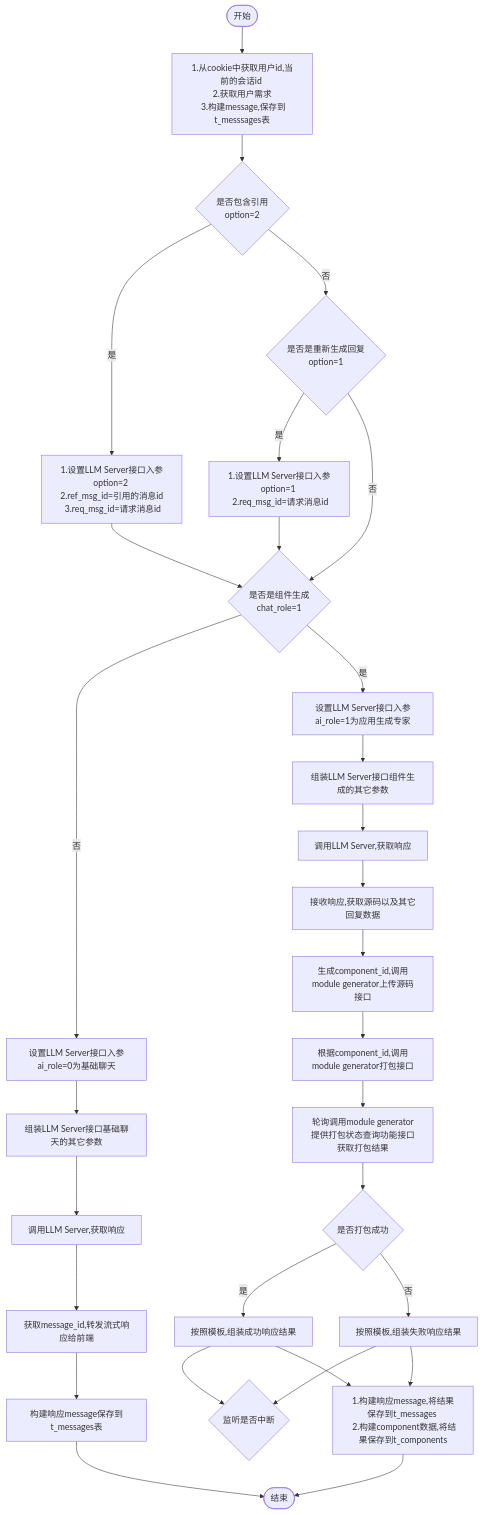
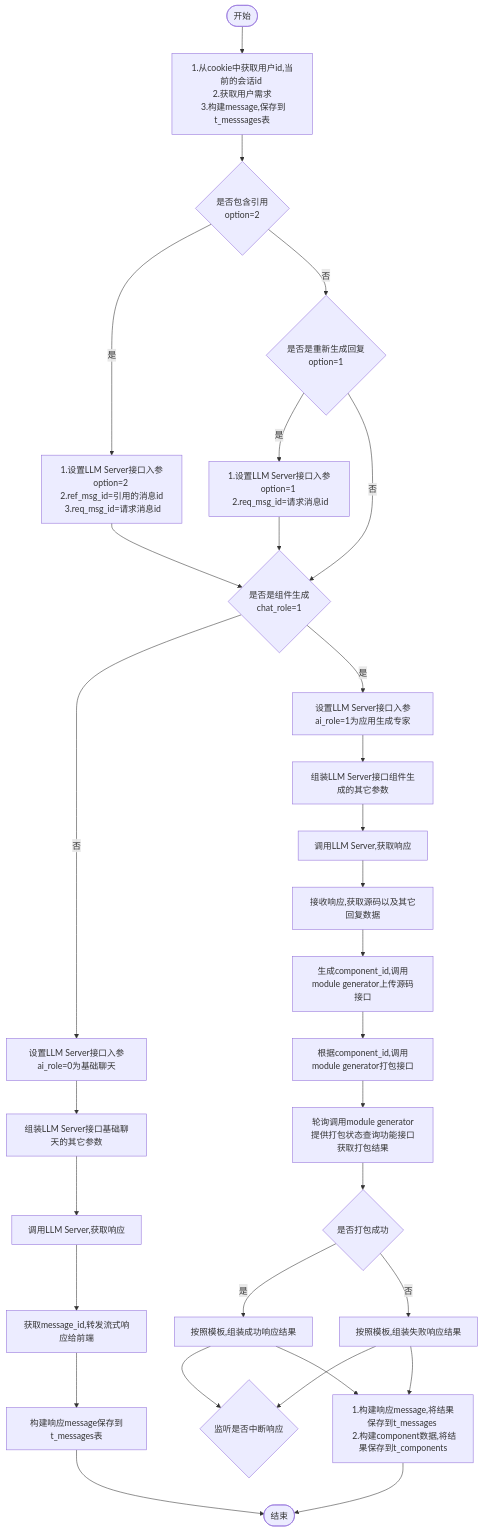
Before and after one commit to yingjianzh/iodraw-files: the diagram in all/w3-会话-不需要传递message.md, drawn with Mermaid.

Commit message:
2024-10-15 15:12:39 update

````diff
--- a/all/w3-会话-不需要传递message.md
+++ b/all/w3-会话-不需要传递message.md
@@ -1,35 +1,36 @@
 ```mermaid
 flowchart TD
     A([开始]) --> B[1.从cookie中获取用户id,当前的会话id \n 2.获取用户需求 \n 3.构建message,保存到t_messsages表]
     B--> D{是否包含引用 \n option=2}
     D -- 是 --> E[1.设置LLM Server接口入参option=2 \n 2.ref_msg_id=引用的消息id \n 3.req_msg_id=请求消息id]
     D -- 否 --> F{是否是重新生成回复\n option=1}
     F -- 是 --> G[1.设置LLM Server接口入参option=1 \n 2.req_msg_id=请求消息id]
     F -- 否 --> I
      
     E & G --> I{是否是组件生成 \n chat_role=1}
     I -- 否 --> K[设置LLM Server接口入参ai_role=0为基础聊天]
     I -- 是 --> J[设置LLM Server接口入参ai_role=1为应用生成专家]
     
 
     J --> L[组装LLM Server接口组件生成的其它参数]    
     K --> M[组装LLM Server接口基础聊天的其它参数]    
     M --> N[调用LLM Server,获取响应]    
     N --> O[获取message_id,转发流式响应给前端]
     O --> P[构建响应message保存到t_messages表]
     P --> R([结束])
 
 
     L --> S[调用LLM Server,获取响应]
     S --> T[接收响应,获取源码以及其它回复数据]
     T --> U[生成component_id,调用module generator上传源码接口]
     U --> V[根据component_id,调用module generator打包接口]
     V --> W[轮询调用module generator提供打包状态查询功能接口获取打包结果]
     W --> X{是否打包成功}
     X -- 是 --> Y[按照模板,组装成功响应结果]
     X -- 否 --> Z[按照模板,组装失败响应结果]
-    Y & Z --> Done{监听是否中断}
+    Y & Z --> Done{监听是否中断响应}
+    
 
     Y & Z --> Result[1.构建响应message,将结果保存到t_messages \n 2.构建component数据,将结果保存到t_components]
     Result --> R
 ```
````
